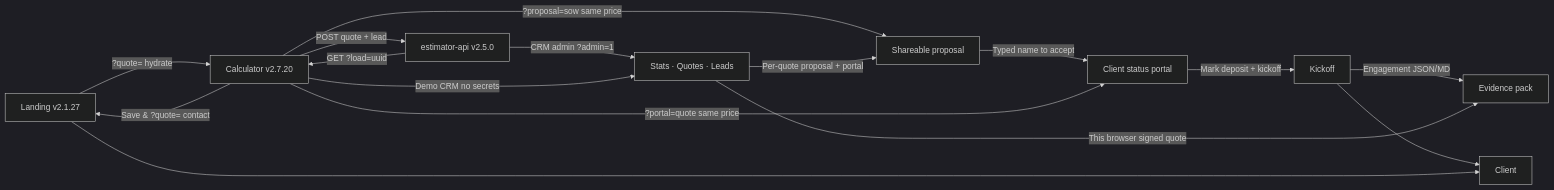
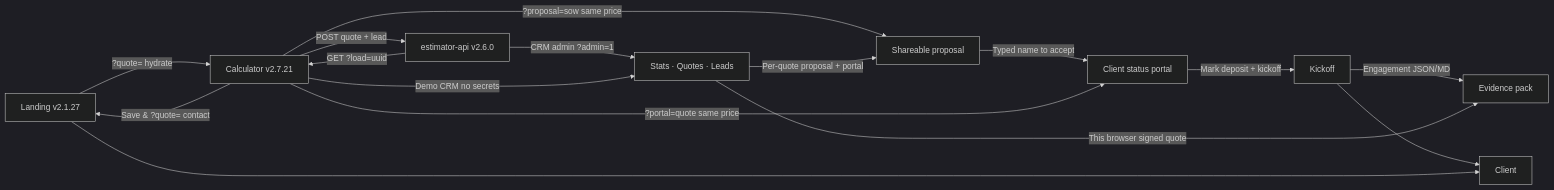
The diagram in README.md (pixellayer7-jpg/pixellayer7-jpg), drawn with Mermaid (dark theme) before and after one commit. The commit also changed other lines of this file and 7 other files, not shown here.

Commit message:
docs: API v2.6.0 notes and calculator v2.7.21 CRM notes

````diff
--- a/README.md
+++ b/README.md
@@ -23,18 +23,18 @@
 ```mermaid
 flowchart LR
-  A[Landing v2.1.27] -->|?quote= hydrate| B[Calculator v2.7.20]
+  A[Landing v2.1.27] -->|?quote= hydrate| B[Calculator v2.7.21]
   B -->|Save & ?quote= contact| A
   B -->|?proposal=sow same price| R[Shareable proposal]
   R -->|Typed name to accept| P[Client status portal]
   P -->|Mark deposit + kickoff| K[Kickoff]
   K -->|Engagement JSON/MD| X[Evidence pack]
   B -->|?portal=quote same price| P
-  B -->|POST quote + lead| D[estimator-api v2.5.0]
+  B -->|POST quote + lead| D[estimator-api v2.6.0]
   D -->|CRM admin ?admin=1| E[Stats · Quotes · Leads]
   B -->|Demo CRM no secrets| E
   E -->|This browser signed quote| X
   E -->|Per-quote proposal + portal| R
   K --> F[Client]
   D -->|GET ?load=uuid| B
   A --> F[Client]
 ```
````
